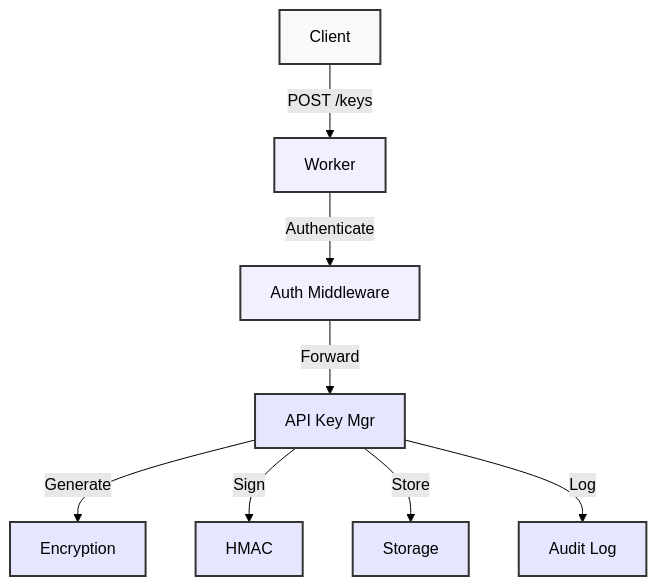
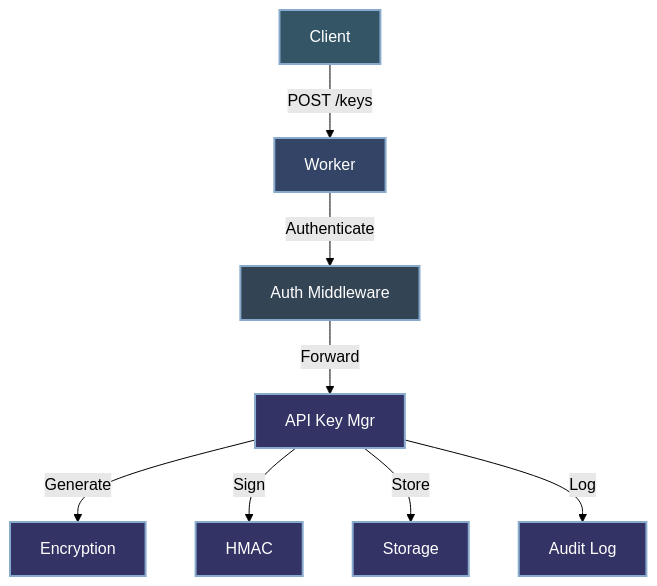
The fifth of 7 diagrams in docs/ARCHITECTURE.md (erfianugrah/api-gateway-workers), drawn with Mermaid (forest theme) before and after one commit. The commit also changed other lines of this file and 1 other file, not shown here.

````diff
--- a/docs/ARCHITECTURE.md
+++ b/docs/ARCHITECTURE.md
@@ -294,19 +294,19 @@
 ```mermaid
 flowchart TB
     A[Client] -->|POST /keys| B[Worker]
     B -->|Authenticate| C[Auth Middleware]
     C -->|Forward| D[API Key Mgr]
     D -->|Generate| E[Encryption]
     D -->|Sign| F[HMAC]
     D -->|Store| G[Storage]
     D -->|Log| H[Audit Log]
     
-    style A fill:#f9f9f9,stroke:#333,stroke-width:2px
-    style B fill:#f0f0ff,stroke:#333,stroke-width:2px
-    style C fill:#f0f0ff,stroke:#333,stroke-width:2px
-    style D fill:#e6e6ff,stroke:#333,stroke-width:2px
-    style E fill:#e6e6ff,stroke:#333,stroke-width:2px
-    style F fill:#e6e6ff,stroke:#333,stroke-width:2px
-    style G fill:#e6e6ff,stroke:#333,stroke-width:2px
-    style H fill:#e6e6ff,stroke:#333,stroke-width:2px
+    style A fill:#335566,stroke:#88aacc,stroke-width:2px,color:#ffffff
+    style B fill:#334466,stroke:#88aacc,stroke-width:2px,color:#ffffff
+    style C fill:#334455,stroke:#88aacc,stroke-width:2px,color:#ffffff
+    style D fill:#333366,stroke:#88aacc,stroke-width:2px,color:#ffffff
+    style E fill:#333366,stroke:#88aacc,stroke-width:2px,color:#ffffff
+    style F fill:#333366,stroke:#88aacc,stroke-width:2px,color:#ffffff
+    style G fill:#333366,stroke:#88aacc,stroke-width:2px,color:#ffffff
+    style H fill:#333366,stroke:#88aacc,stroke-width:2px,color:#ffffff
 ```
````
